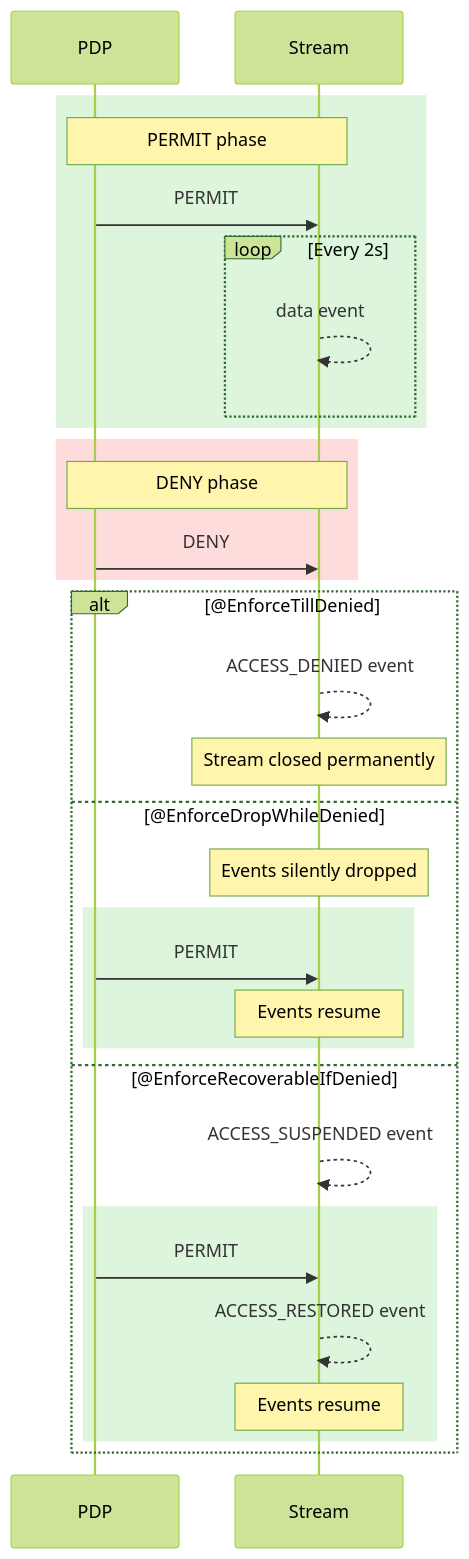
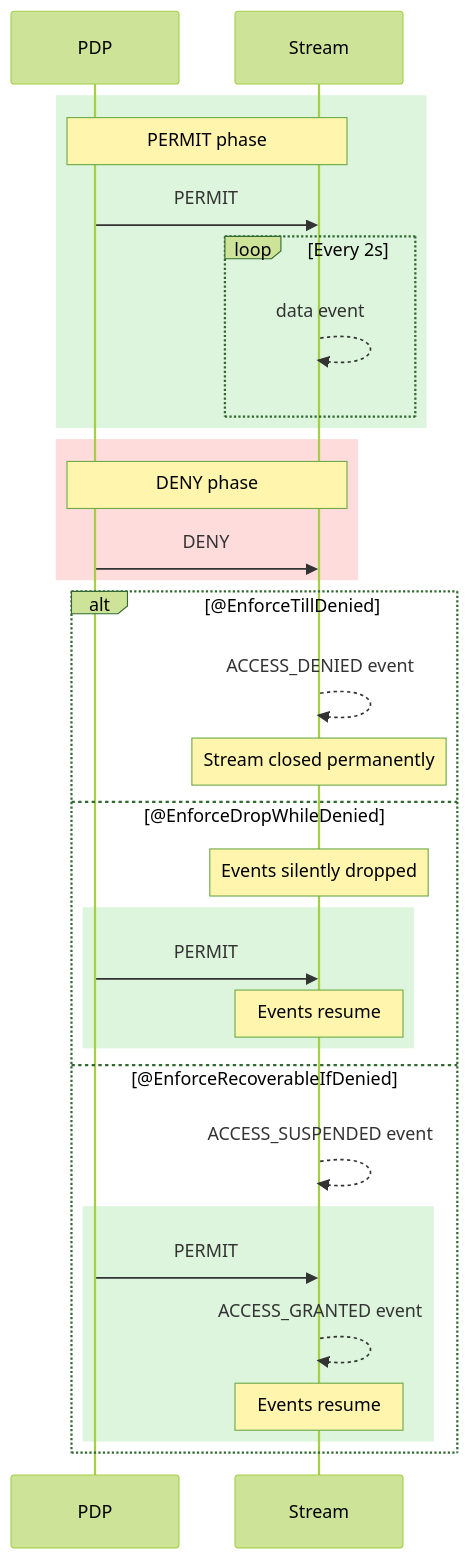
Before and after one commit to heutelbeck/sapl-nestjs: the diagram in docs/streaming.mmd, drawn with Mermaid (forest theme). The commit also changed 1 other file, not shown here.

```diff
--- a/docs/streaming.mmd
+++ b/docs/streaming.mmd
@@ -1,34 +1,34 @@
 sequenceDiagram
     participant PDP
     participant Stream
 
     rect rgb(220, 245, 220)
         Note over PDP,Stream: PERMIT phase
         PDP->>Stream: PERMIT
         loop Every 2s
             Stream-->>Stream: data event
         end
     end
 
     rect rgb(255, 220, 220)
         Note over PDP,Stream: DENY phase
         PDP->>Stream: DENY
     end
 
     alt @EnforceTillDenied
         Stream-->>Stream: ACCESS_DENIED event
         Note over Stream: Stream closed permanently
     else @EnforceDropWhileDenied
         Note over Stream: Events silently dropped
         rect rgb(220, 245, 220)
             PDP->>Stream: PERMIT
             Note over Stream: Events resume
         end
     else @EnforceRecoverableIfDenied
         Stream-->>Stream: ACCESS_SUSPENDED event
         rect rgb(220, 245, 220)
             PDP->>Stream: PERMIT
-            Stream-->>Stream: ACCESS_RESTORED event
+            Stream-->>Stream: ACCESS_GRANTED event
             Note over Stream: Events resume
         end
     end
```
